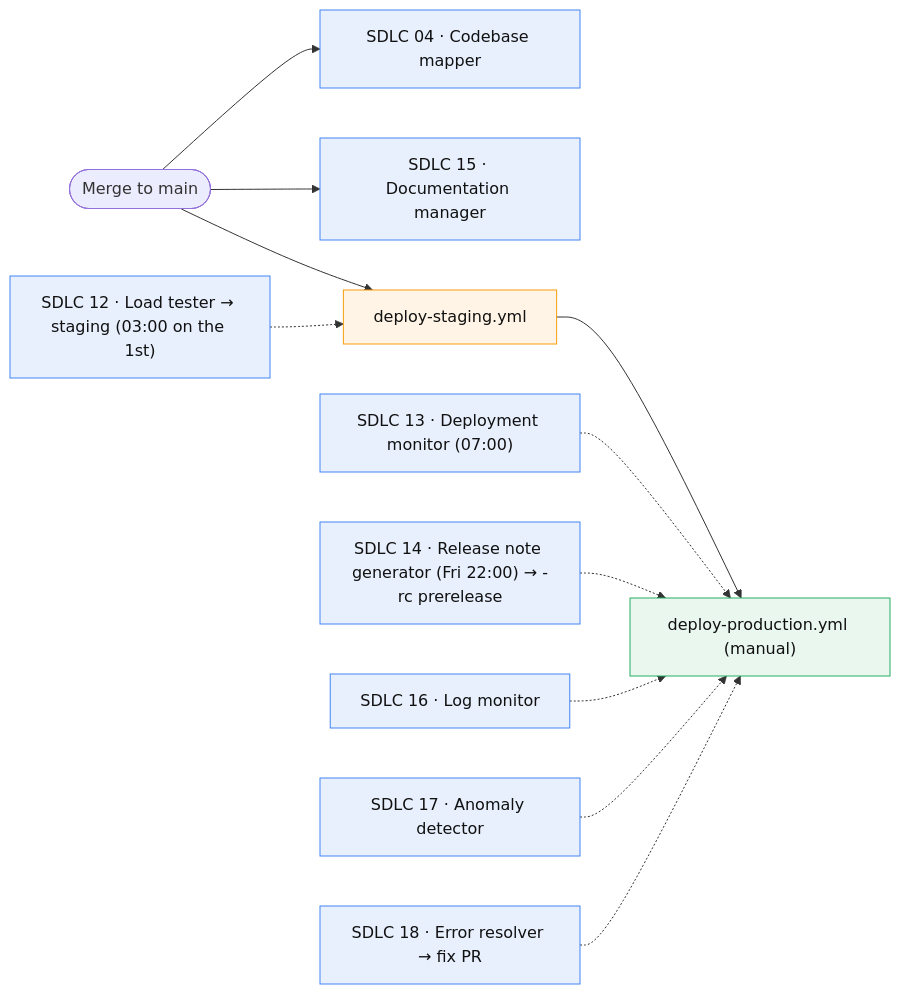
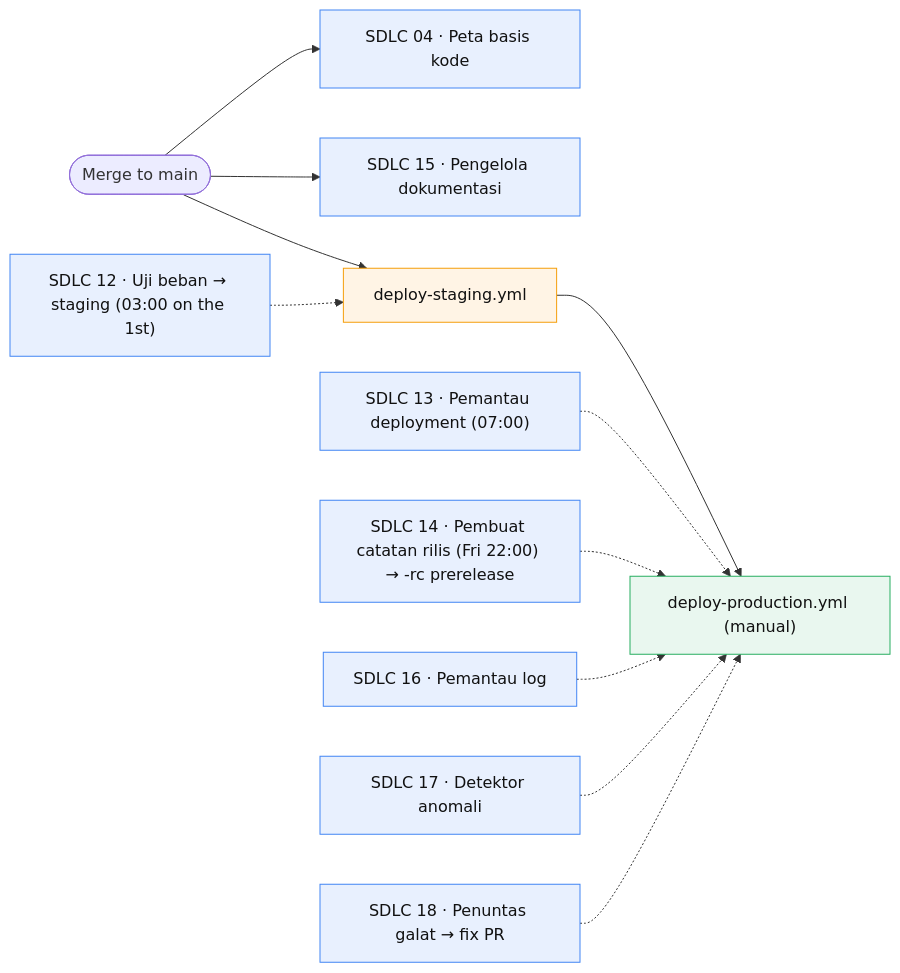
Before and after one commit to ypcipansor/cipansor: the fourth of 5 diagrams in docs/SDLC-FLOW.md, drawn with Mermaid. The commit also changed other lines of this file, not shown here.

First line of the commit message:
docs(sdlc): use the live automation names in the flow diagram

````diff
--- a/docs/SDLC-FLOW.md
+++ b/docs/SDLC-FLOW.md
@@ -139,18 +139,18 @@
 ```mermaid
 flowchart LR
   classDef cloud fill:#e8f0fe,stroke:#4285f4,color:#111;
   classDef gh fill:#fff4e5,stroke:#f59e0b,color:#111;
   classDef human fill:#e9f7ef,stroke:#27ae60,color:#111;
 
-  MG([Merge to main]) --> C4["SDLC 04 · Codebase mapper"]:::cloud
-  MG --> C15["SDLC 15 · Documentation manager"]:::cloud
+  MG([Merge to main]) --> C4["SDLC 04 · Peta basis kode"]:::cloud
+  MG --> C15["SDLC 15 · Pengelola dokumentasi"]:::cloud
   MG --> STG["deploy-staging.yml"]:::gh
   STG --> PROD["deploy-production.yml (manual)"]:::human
 
-  C12["SDLC 12 · Load tester → staging (03:00 on the 1st)"]:::cloud -.-> STG
-  C13["SDLC 13 · Deployment monitor (07:00)"]:::cloud -.-> PROD
-  C14["SDLC 14 · Release note generator (Fri 22:00) → -rc prerelease"]:::cloud -.-> PROD
-  C16["SDLC 16 · Log monitor"]:::cloud -.-> PROD
-  C17["SDLC 17 · Anomaly detector"]:::cloud -.-> PROD
-  C18["SDLC 18 · Error resolver → fix PR"]:::cloud -.-> PROD
+  C12["SDLC 12 · Uji beban → staging (03:00 on the 1st)"]:::cloud -.-> STG
+  C13["SDLC 13 · Pemantau deployment (07:00)"]:::cloud -.-> PROD
+  C14["SDLC 14 · Pembuat catatan rilis (Fri 22:00) → -rc prerelease"]:::cloud -.-> PROD
+  C16["SDLC 16 · Pemantau log"]:::cloud -.-> PROD
+  C17["SDLC 17 · Detektor anomali"]:::cloud -.-> PROD
+  C18["SDLC 18 · Penuntas galat → fix PR"]:::cloud -.-> PROD
 ```
````
